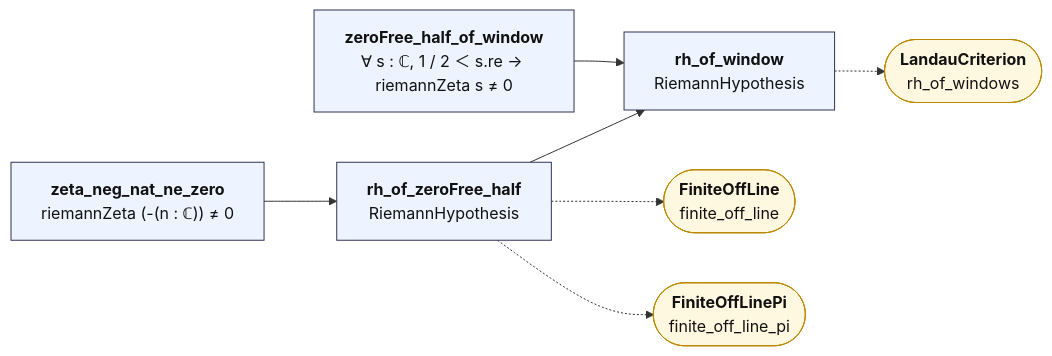
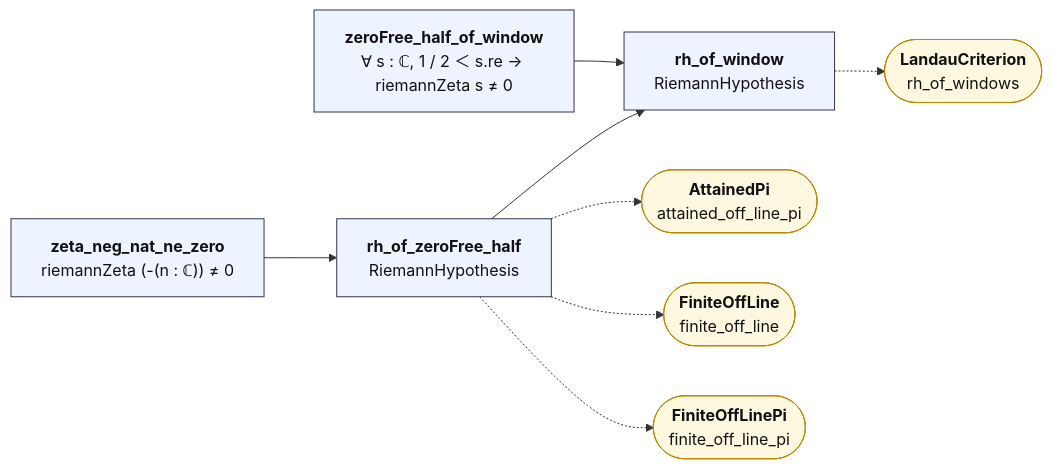
The diagram in map/lean_stage3/LandauWindow.md (juliansambranojr/Primebeat_081426), drawn with Mermaid before and after one commit. The commit also changed other lines of this file and 50 other files, not shown here.

````diff
--- a/map/lean_stage3/LandauWindow.md
+++ b/map/lean_stage3/LandauWindow.md
@@ -12,24 +12,26 @@
 ```mermaid
 flowchart LR
   n0["<b>zeta_neg_nat_ne_zero</b><br/>riemannZeta (-(n : ℂ)) ≠ 0"]:::thm
   n1["<b>rh_of_zeroFree_half</b><br/>RiemannHypothesis"]:::thm
   n2["<b>zeroFree_half_of_window</b><br/>∀ s : ℂ, 1 / 2 ＜ s.re → riemannZeta s ≠ 0"]:::thm
   n3["<b>rh_of_window</b><br/>RiemannHypothesis"]:::thm
-  x0(["<b>FiniteOffLine</b><br/>finite_off_line"]):::ext
-  x1(["<b>FiniteOffLinePi</b><br/>finite_off_line_pi"]):::ext
-  x2(["<b>LandauCriterion</b><br/>rh_of_windows"]):::ext
+  x0(["<b>AttainedPi</b><br/>attained_off_line_pi"]):::ext
+  x1(["<b>FiniteOffLine</b><br/>finite_off_line"]):::ext
+  x2(["<b>FiniteOffLinePi</b><br/>finite_off_line_pi"]):::ext
+  x3(["<b>LandauCriterion</b><br/>rh_of_windows"]):::ext
   n0 --> n1
   n1 --> n3
   n2 --> n3
   n1 -.-> x0
   n1 -.-> x1
-  n3 -.-> x2
+  n1 -.-> x2
+  n3 -.-> x3
   classDef cnt fill:#dff5ec,stroke:#17694a,color:#111
   classDef shp fill:#f1ecfb,stroke:#5b3fa0,color:#111
   classDef rh fill:#ffe5e5,stroke:#c22,color:#111,stroke-width:2px
   classDef thm fill:#eef4ff,stroke:#335,color:#111
   classDef end_ fill:#e7f7e7,stroke:#2a7,color:#111,stroke-width:2px
   classDef lone fill:#fff,stroke:#999,color:#111,stroke-dasharray:4 3
   classDef bad fill:#ffe5e5,stroke:#c22,color:#111,stroke-width:2px
   classDef ext fill:#fff8e1,stroke:#b80,color:#111
 ```
````
